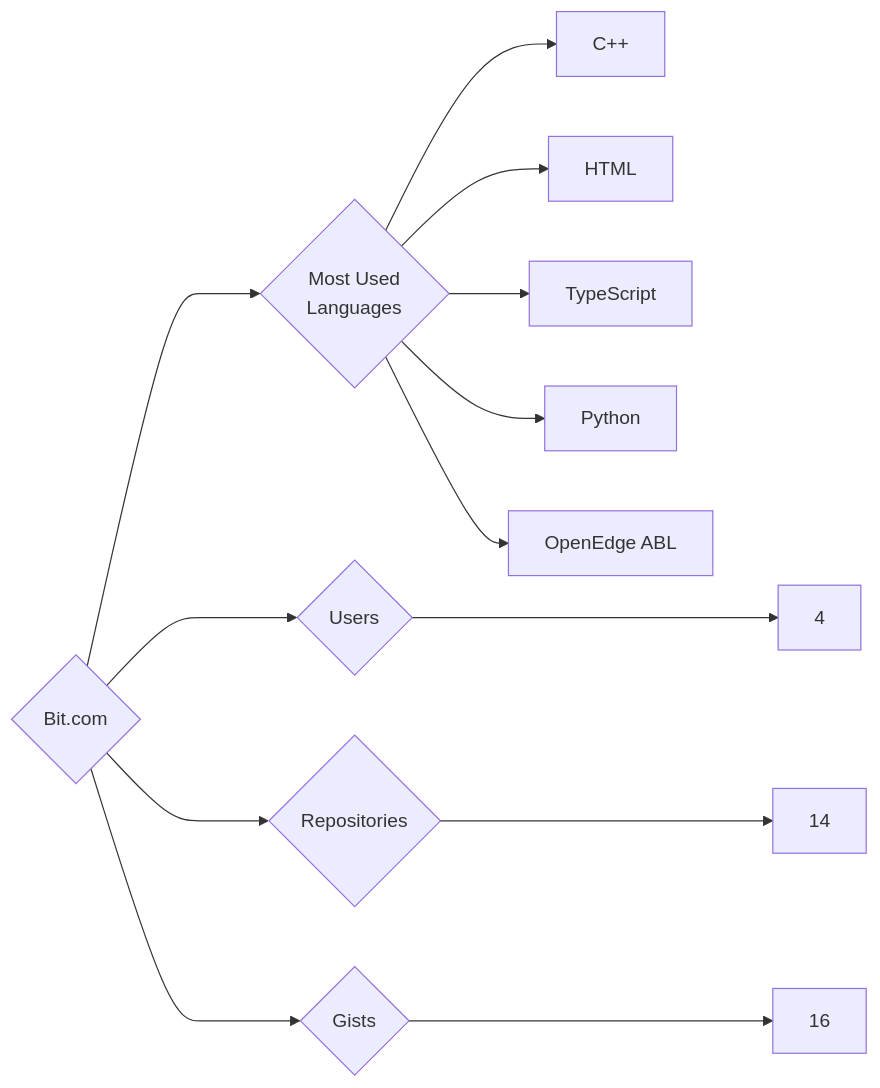
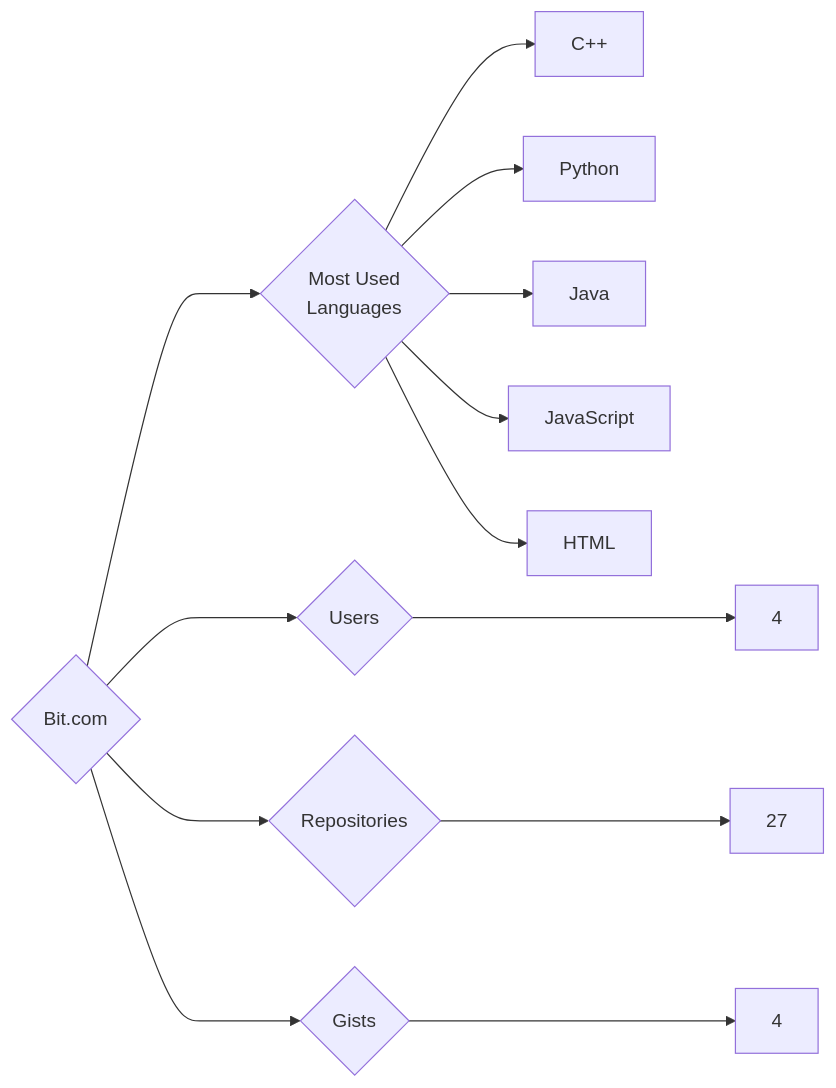
Before and after one commit to trickest/insiders: the diagram in targets/Bit.com/README.md, drawn with Mermaid. The commit also changed 559 other files, not shown here.

````diff
--- a/targets/Bit.com/README.md
+++ b/targets/Bit.com/README.md
@@ -3,13 +3,13 @@
 ```mermaid
 graph LR
 COMPANY_NAME{Bit.com}
 COMPANY_NAME ---> U{Users} ---> UN[4]
-COMPANY_NAME ---> R{Repositories} ---> RN[14]
-COMPANY_NAME ---> G{Gists} ---> GN[16]
+COMPANY_NAME ---> R{Repositories} ---> RN[27]
+COMPANY_NAME ---> G{Gists} ---> GN[4]
 COMPANY_NAME ---> ML{Most Used<br>Languages}
 ML --> C++[C++]
+ML --> Python[Python]
+ML --> Java[Java]
+ML --> JavaScript[JavaScript]
 ML --> HTML[HTML]
-ML --> TypeScript[TypeScript]
-ML --> Python[Python]
-ML --> OpenEdge_ABL[OpenEdge ABL]
 ```
````
